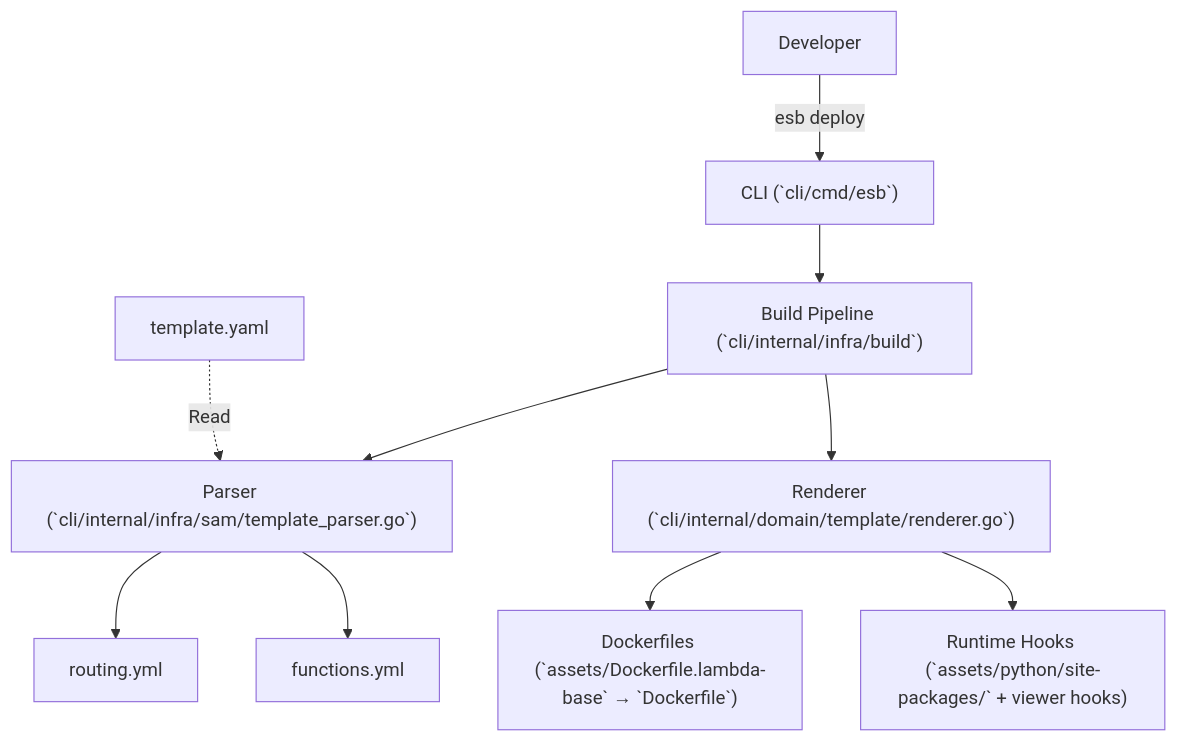
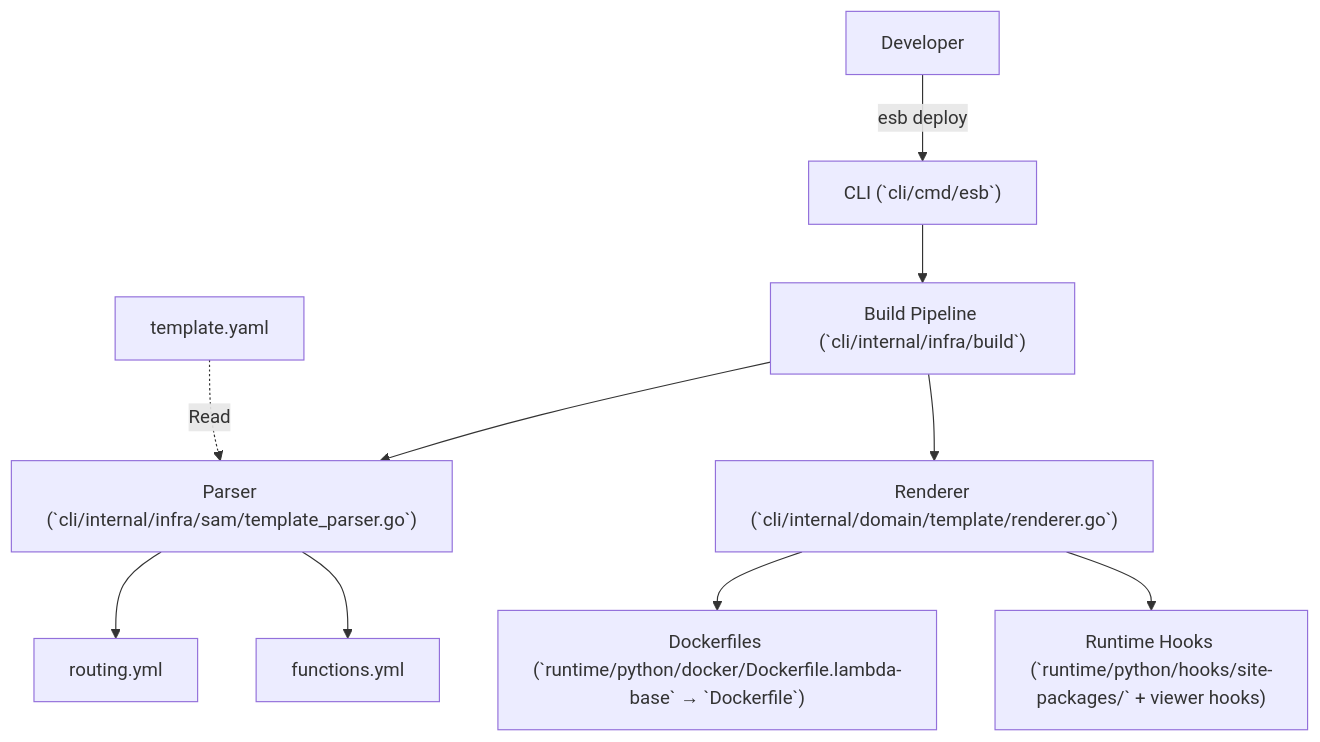
The diagram in docs/generator-architecture.md (poruru-code/esb-cli), drawn with Mermaid before and after one commit. The commit also changed other lines of this file and 22 other files, not shown here.

````diff
--- a/docs/generator-architecture.md
+++ b/docs/generator-architecture.md
@@ -16,16 +16,16 @@
 ```mermaid
 flowchart TD
     User["Developer"] -->|"esb deploy"| CLI["CLI (`cli/cmd/esb`)"]
 
     CLI --> Build["Build Pipeline (`cli/internal/infra/build`)"]
     Build --> Parser["Parser (`cli/internal/infra/sam/template_parser.go`)"]
     Build --> Renderer["Renderer (`cli/internal/domain/template/renderer.go`)"]
 
     SAM["template.yaml"] -.->|Read| Parser
 
     Parser --> Routing["routing.yml"]
     Parser --> Functions["functions.yml"]
 
-    Renderer --> Dockerfiles["Dockerfiles (`assets/Dockerfile.lambda-base` → `Dockerfile`)"]
-    Renderer --> RuntimeHooks["Runtime Hooks (`assets/python/site-packages/` + viewer hooks)"]
+    Renderer --> Dockerfiles["Dockerfiles (`runtime/python/docker/Dockerfile.lambda-base` → `Dockerfile`)"]
+    Renderer --> RuntimeHooks["Runtime Hooks (`runtime/python/hooks/site-packages/` + viewer hooks)"]
 ```
````
